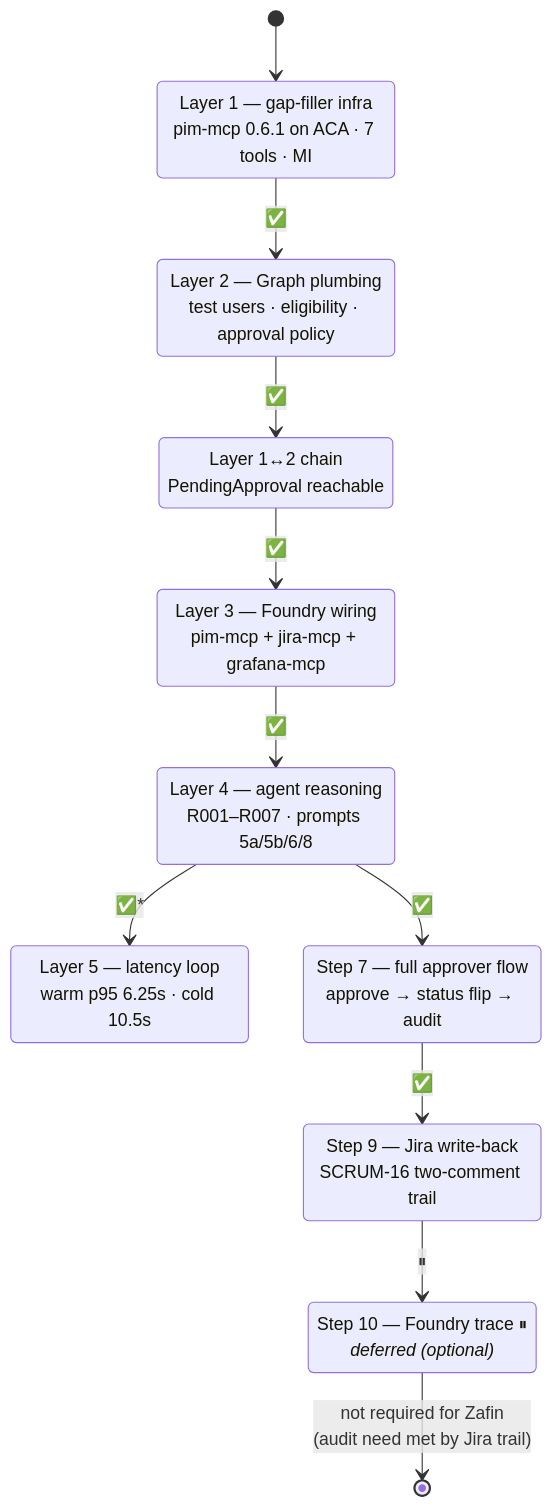
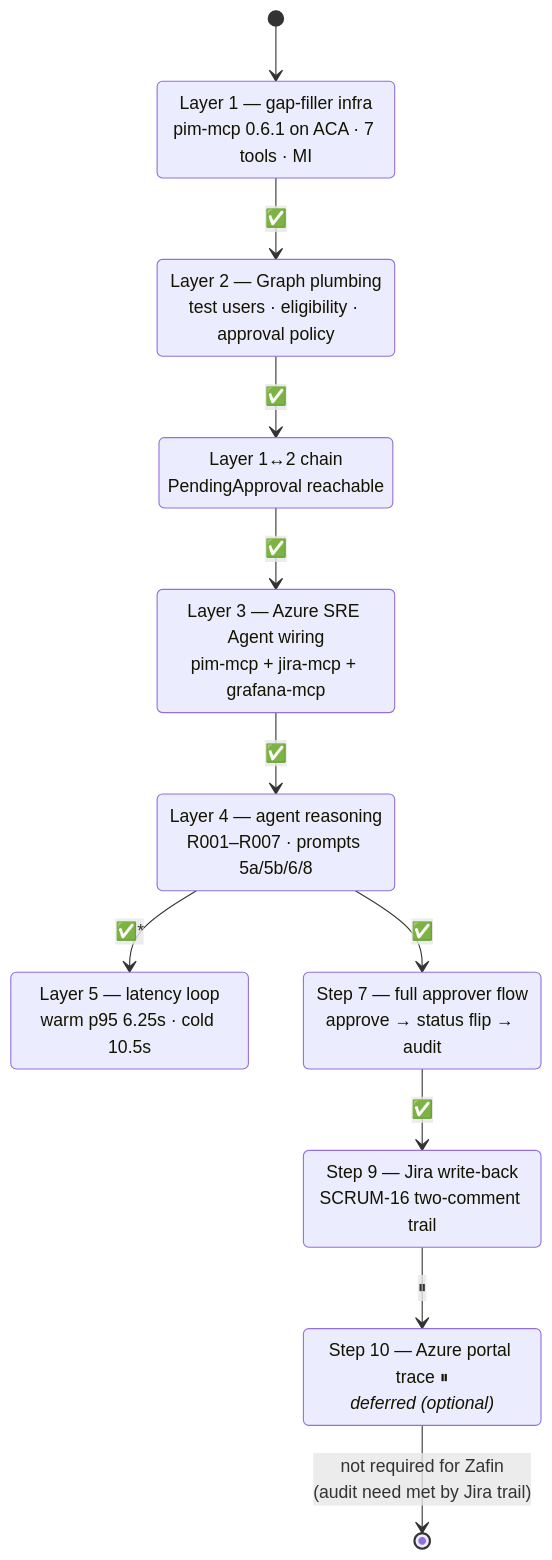
Before and after one commit to Arturo-Quiroga-MSFT/SRE-AGENT-JAN-2026: the sixth of 6 diagrams in pim-enablement-testbed/docs/architecture-diagrams.md, drawn with Mermaid. The commit also changed other lines of this file, not shown here.

First line of the commit message:
docs(pim-testbed): correct SRE Agent host - Azure portal, not Foundry

````diff
--- a/pim-enablement-testbed/docs/architecture-diagrams.md
+++ b/pim-enablement-testbed/docs/architecture-diagrams.md
@@ -281,23 +281,23 @@
 ```mermaid
 stateDiagram-v2
     [*] --> L1
     L1: Layer 1 — gap-filler infra<br/>pim-mcp 0.6.1 on ACA · 7 tools · MI
     L2: Layer 2 — Graph plumbing<br/>test users · eligibility · approval policy
     L12: Layer 1↔2 chain<br/>PendingApproval reachable
-    L3: Layer 3 — Foundry wiring<br/>pim-mcp + jira-mcp + grafana-mcp
+    L3: Layer 3 — Azure SRE Agent wiring<br/>pim-mcp + jira-mcp + grafana-mcp
     L4: Layer 4 — agent reasoning<br/>R001–R007 · prompts 5a/5b/6/8
     L5: Layer 5 — latency loop<br/>warm p95 6.25s · cold 10.5s
     S7: Step 7 — full approver flow<br/>approve → status flip → audit
     S9: Step 9 — Jira write-back<br/>SCRUM-16 two-comment trail
-    S10: Step 10 — Foundry trace ⏸<br/><i>deferred (optional)</i>
+    S10: Step 10 — Azure portal trace ⏸<br/><i>deferred (optional)</i>
 
     L1 --> L2: ✅
     L2 --> L12: ✅
     L12 --> L3: ✅
     L3 --> L4: ✅
     L4 --> L5: ✅*
     L4 --> S7: ✅
     S7 --> S9: ✅
     S9 --> S10: ⏸
     S10 --> [*]: not required for Zafin<br/>(audit need met by Jira trail)
 ```
````
